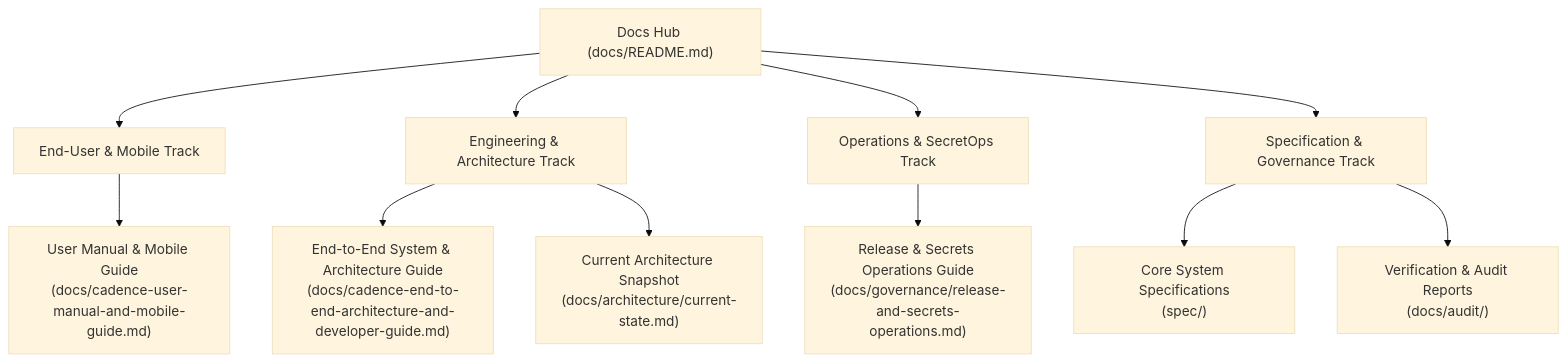
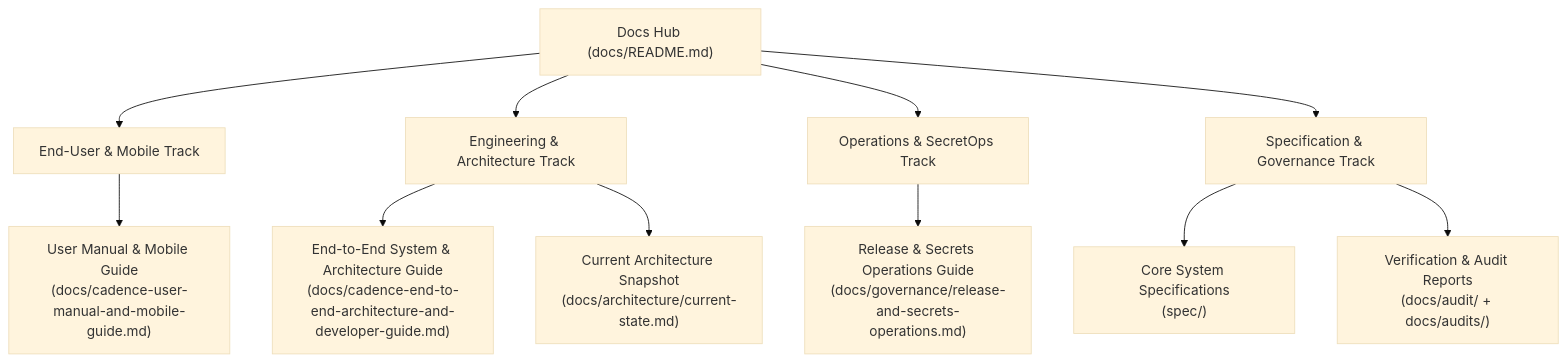
Before and after one commit to Driftloom/TaskOS: the diagram in docs/README.md, drawn with Mermaid (base theme). The commit also changed other lines of this file and 18 other files, not shown here.

Commit message:
docs(audit): quarantine adversarial spec and sync zero-trust audit verification

````diff
--- a/docs/README.md
+++ b/docs/README.md
@@ -15,14 +15,14 @@
 ```mermaid
 flowchart TD
     Hub["Docs Hub (docs/README.md)"] --> UserTrack["End-User & Mobile Track"]
     Hub --> DevTrack["Engineering & Architecture Track"]
     Hub --> OpsTrack["Operations & SecretOps Track"]
     Hub --> SpecTrack["Specification & Governance Track"]
 
     UserTrack --> UserManual["User Manual & Mobile Guide<br/>(docs/cadence-user-manual-and-mobile-guide.md)"]
     DevTrack --> DevGuide["End-to-End System & Architecture Guide<br/>(docs/cadence-end-to-end-architecture-and-developer-guide.md)"]
     DevTrack --> CurrentState["Current Architecture Snapshot<br/>(docs/architecture/current-state.md)"]
     OpsTrack --> ReleaseOps["Release & Secrets Operations Guide<br/>(docs/governance/release-and-secrets-operations.md)"]
     SpecTrack --> Specs["Core System Specifications<br/>(spec/)"]
-    SpecTrack --> Audits["Verification & Audit Reports<br/>(docs/audit/)"]
+    SpecTrack --> Audits["Verification & Audit Reports<br/>(docs/audit/ + docs/audits/)"]
 ```
````
